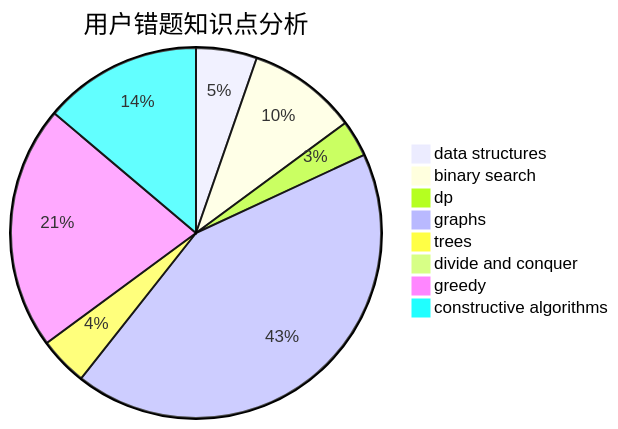
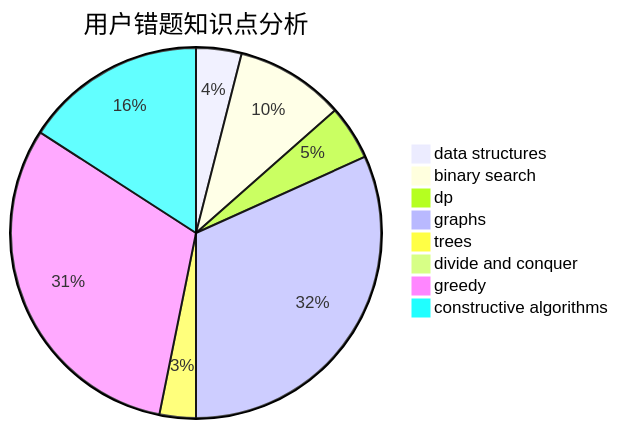
The third of 3 diagrams in docs/user/u346.md (sherpahu/cfrs.github.io), drawn with Mermaid before and after one commit. The commit also changed other lines of this file and 2770 other files, not shown here.

````diff
--- a/docs/user/u346.md
+++ b/docs/user/u346.md
@@ -36,11 +36,11 @@
 ```mermaid
 pie title 用户错题知识点分析
     "data structures" :  5
-    "binary search" :  9
-    "dp" :  3
+    "binary search" :  12
+    "dp" :  6
     "graphs" :  40
     "trees" :  4
     "divide and conquer" :  0
-    "greedy" :  20
-    "constructive algorithms" :  13
+    "greedy" :  39
+    "constructive algorithms" :  20
 ```
````
